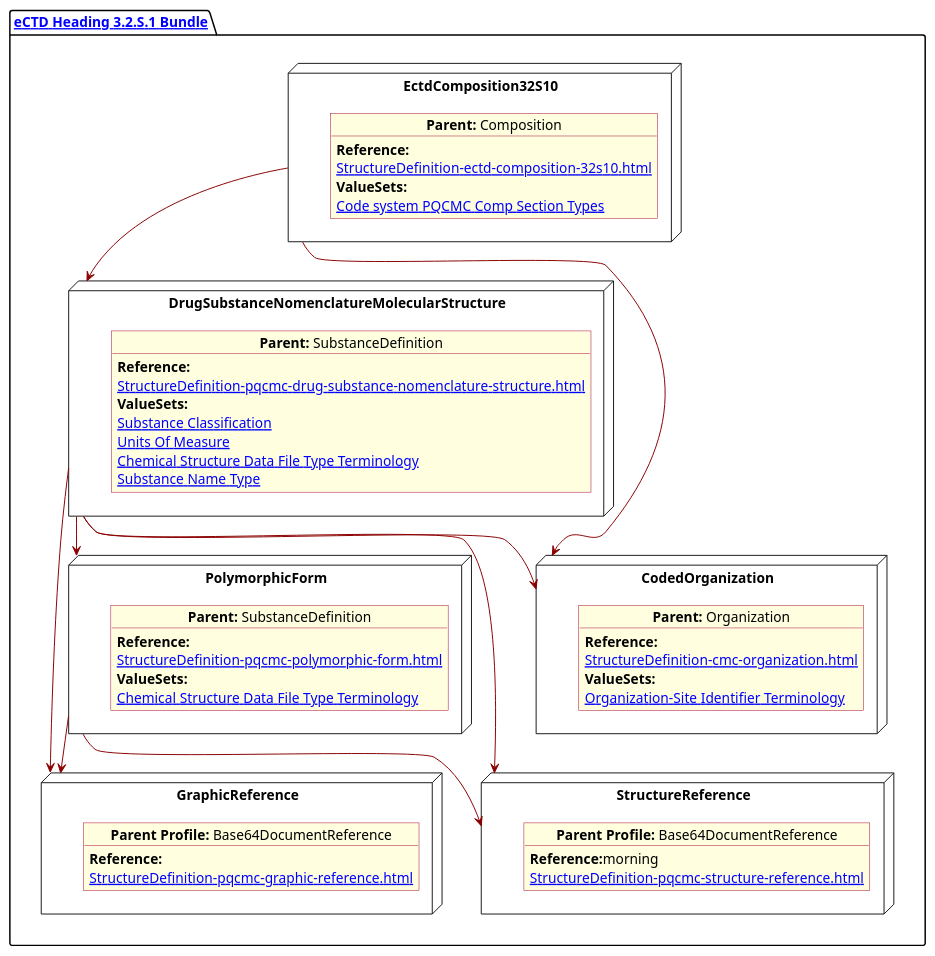
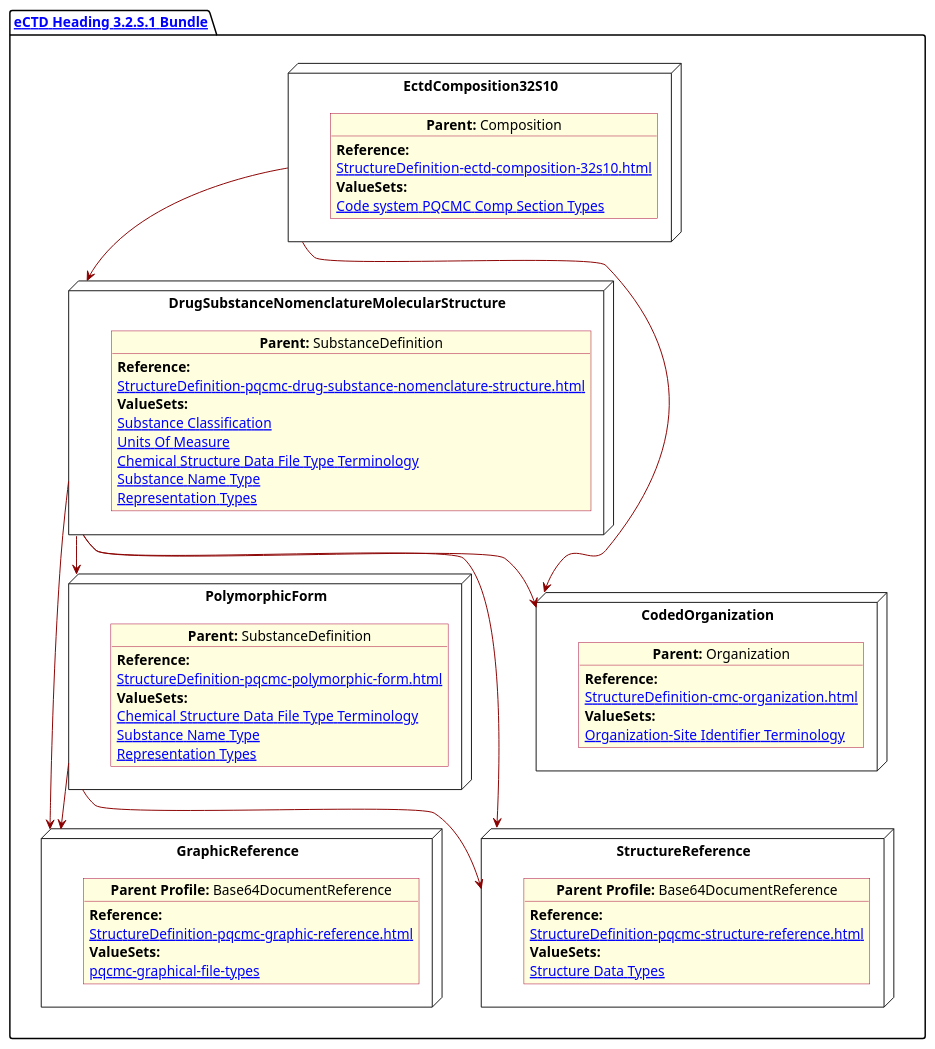
Before and after one commit to HL7/FHIR-us-pq-cmc-fda: the diagram in input/images-source/SubstanceGeneral.plantuml, drawn with PlantUML. The commit also changed 20 other files, not shown here.

Commit message:
Edits to diagrams and last review of stage 1

```diff
--- a/input/images-source/SubstanceGeneral.plantuml
+++ b/input/images-source/SubstanceGeneral.plantuml
@@ -1,80 +1,87 @@
 @startuml SubstanceGeneral
 allowmixing
 'Mixed model of use case and object
 skinparam svgDimensionStyle false
 skinparam ObjectBackgroundColor LightYellow
 skinparam ObjectBorderColor #A80036
 skinparam activityDiamondBorderColor #A80036
 skinparam activityDiamondBackgroundColor lawnGreen
 skinparam ClassBorderThickness 4
 
 package "[[StructureDefinition-cmc-ectd-document-32s10.html eCTD Heading 3.2.S.1 Bundle]]" as NODES {
 
   node "DrugSubstanceNomenclatureMolecularStructure" as NN {
 
     object "**Parent:** SubstanceDefinition" as obj3 {
       **Reference:**
       [[StructureDefinition-pqcmc-drug-substance-nomenclature-structure.html]]
       **ValueSets:**
       [[ValueSet-substance-classification.html Substance Classification]]
       [[ValueSet-pqcmc-units-of-measure.html Units Of Measure]]
       [[ValueSet-pqcmc-chemical-structure-datafile-type-terminology.html Chemical Structure Data File Type Terminology]]
       [[ValueSet-pqcmc-substance-name-type.html Substance Name Type]]
-    }
-  }
-
-  node "GraphicReference" as NB64 {
-
-    object "**Parent Profile:** Base64DocumentReference"  as obj64 {
-      **Reference:**
-      [[StructureDefinition-pqcmc-graphic-reference.html]]
+      [[ValueSet-pqcmc-representation-types.html Representation Types]]
     }
   }
 
   node "EctdComposition32S10" as N1 {
 
     object "**Parent:** Composition" as obj1 {
       **Reference:**
       [[StructureDefinition-ectd-composition-32s10.html]]
       **ValueSets:**
       [[ValueSet-cmc-comp-section-types-vs.html Code system PQCMC Comp Section Types]]
     }
 
   }
   node "PolymorphicForm" as N2 {
 
     object "**Parent:** SubstanceDefinition" as obj2 {
       **Reference:**
       [[StructureDefinition-pqcmc-polymorphic-form.html]]
       **ValueSets:**
       [[ValueSet-pqcmc-chemical-structure-datafile-type-terminology.html Chemical Structure Data File Type Terminology]]
+      [[ValueSet-pqcmc-substance-name-type.html Substance Name Type]]
+      [[ValueSet-pqcmc-representation-types.html Representation Types]]
     }
   }
   node "CodedOrganization" as NSO {
 
     object "**Parent:** Organization" as objAu {
       **Reference:**
       [[StructureDefinition-cmc-organization.html]]
       **ValueSets:**
       [[ValueSet-pqcmc-org-identifier-type-terminology.html Organization-Site Identifier Terminology]]
     }
   }
 
+  node "GraphicReference" as NB64 {
+
+    object "**Parent Profile:** Base64DocumentReference"  as obj64 {
+      **Reference:**
+      [[StructureDefinition-pqcmc-graphic-reference.html]]
+      **ValueSets:**
+      [[StructureDefinition-PqcmcGraphicalFileTypes.html pqcmc-graphical-file-types]]
+    }
+  }
+
   node "StructureReference" as NBstruc {
 
     object "**Parent Profile:** Base64DocumentReference"  as objb64 {
-      **Reference:**morning
+      **Reference:**
       [[StructureDefinition-pqcmc-structure-reference.html]]
+      **ValueSets:**
+      [[StructureDefinition-pqcmc-structure-data-types.html Structure Data Types]]
     }
   }
 
   N1 -[#darkred]-> NN
   NN -[#darkred]-> N2
   NN -[#darkred]-> NB64
   NN -[#darkred]-> NBstruc
   N2 -[#darkred]-> NB64
   N2 -[#darkred]-> NBstruc
   N1 -[#darkred]-> NSO
   NN -[#darkred]-> NSO
 }
 @enduml
```
